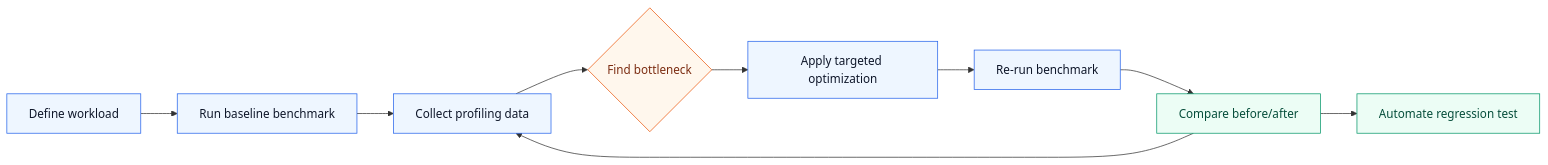
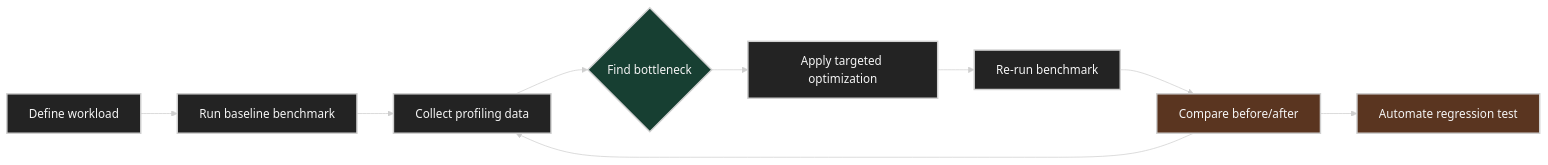
The fourth of 9 diagrams in ai-system-performance-engineering/chap01/README.md (ziwon/ai-data-center-network), drawn with Mermaid before and after one commit. The commit also changed other lines of this file and 35 other files, not shown here.

Commit message:
docs(mermaid): apply dark diagram style

````diff
--- a/ai-system-performance-engineering/chap01/README.md
+++ b/ai-system-performance-engineering/chap01/README.md
@@ -227,18 +230,19 @@
 ```mermaid
+%%{init: {"theme": "base", "themeVariables": {"background": "#171717", "primaryColor": "#232323", "primaryTextColor": "#f5f5f5", "primaryBorderColor": "#d0d0d0", "lineColor": "#cfcfcf", "fontFamily": "Inter, Arial, sans-serif"}}}%%
 flowchart LR
-    classDef step fill:#eef6ff,stroke:#2563eb,color:#0f172a
-    classDef decision fill:#fff7ed,stroke:#ea580c,color:#7c2d12
-    classDef output fill:#ecfdf5,stroke:#059669,color:#064e3b
+    classDef step fill:#232323,stroke:#d0d0d0,color:#f5f5f5,stroke-width:2px;
+    classDef decision fill:#173f32,stroke:#d0d0d0,color:#f5f5f5,stroke-width:2px;
+    classDef output fill:#5a3520,stroke:#d0d0d0,color:#f5f5f5,stroke-width:2px;
 
     A[Define workload]:::step
     B[Run baseline benchmark]:::step
     C[Collect profiling data]:::step
     D{Find bottleneck}:::decision
     E[Apply targeted optimization]:::step
     F[Re-run benchmark]:::step
     G[Compare before/after]:::output
     H[Automate regression test]:::output
 
     A --> B --> C --> D --> E --> F --> G --> H
     G --> C
 ```
````
